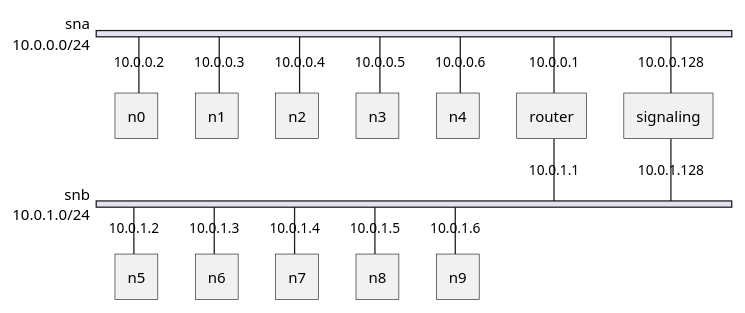
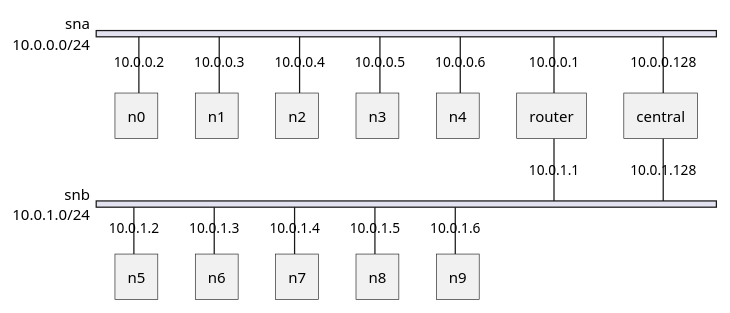
The diagram in experiments/exp3-dummy10-router/network.puml (ineiti/fledger), drawn with PlantUML before and after one commit. The commit also changed 8 other files, not shown here.

Commit message:
chore: rename signaling host to central host (exp3)

```diff
--- a/experiments/exp3-dummy10-router/network.puml
+++ b/experiments/exp3-dummy10-router/network.puml
@@ -1,30 +1,30 @@
 @startuml
 nwdiag {
   network sna {
       width = full
       address = 10.0.0.0/24
 
       n0 [address = 10.0.0.2];
       n1 [address = 10.0.0.3];
       n2 [address = 10.0.0.4];
       n3 [address = 10.0.0.5];
       n4 [address = 10.0.0.6];
 
       router [address = 10.0.0.1];
-      signaling [address = 10.0.0.128];
+      central [address = 10.0.0.128];
   }
 
   network snb {
       address = 10.0.1.0/24
 
       n5 [address = 10.0.1.2];
       n6 [address = 10.0.1.3];
       n7 [address = 10.0.1.4];
       n8 [address = 10.0.1.5];
       n9 [address = 10.0.1.6];
 
       router [address = 10.0.1.1];
-      signaling [address = 10.0.1.128];
+      central [address = 10.0.1.128];
   }
 }
 @enduml
```
